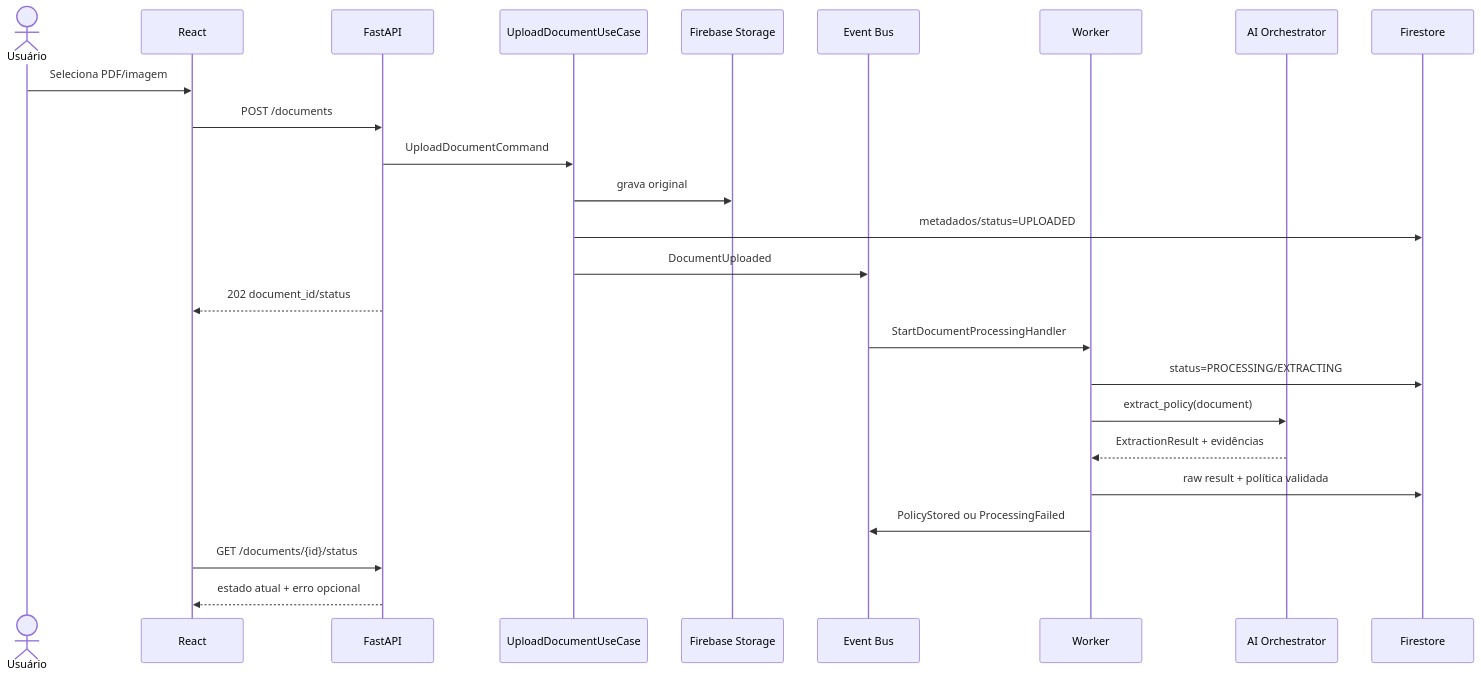
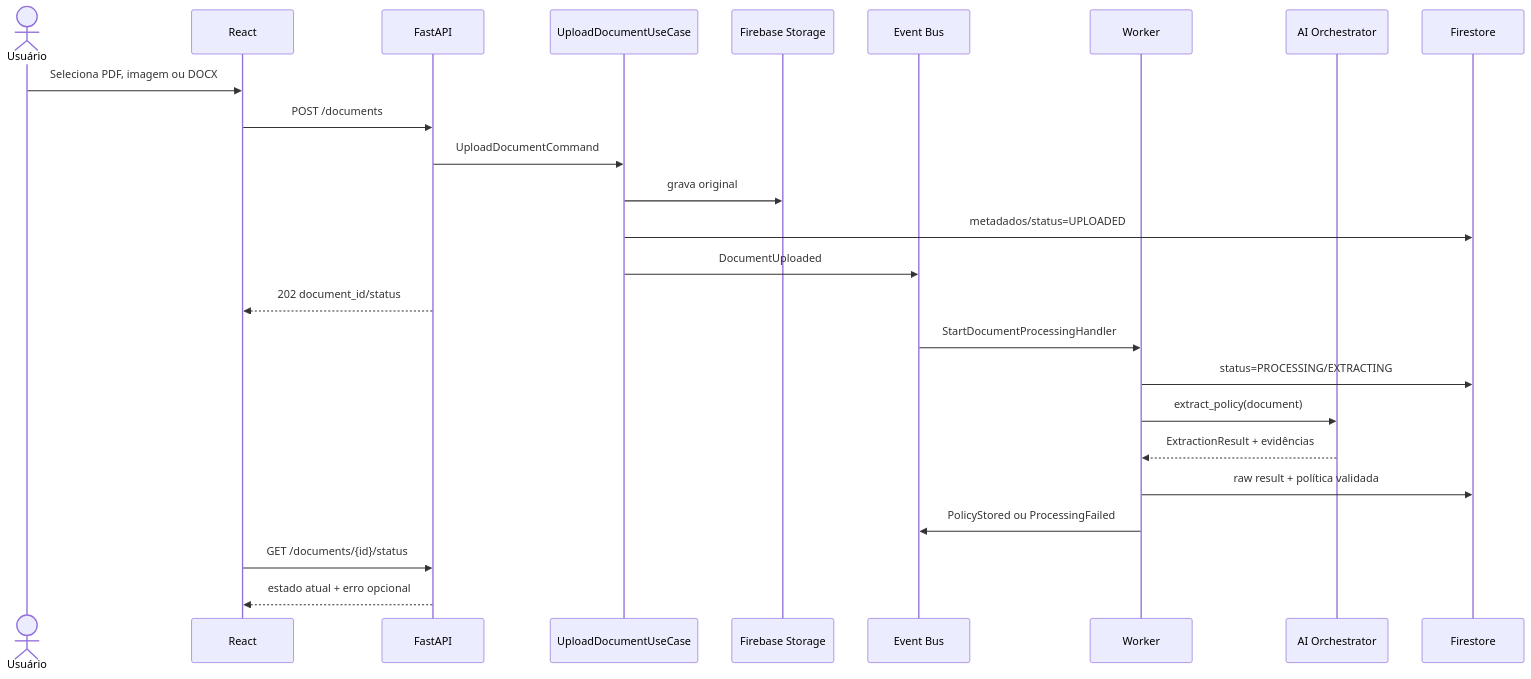
One commit to SantanaYure/ClauseAI changed the second of 3 diagrams in docs/architecture/ARCHITECTURE_OVERVIEW.md. Above: the diagram before and after it, drawn with Mermaid. The commit also changed other lines of this file and 129 other files, not shown here.

````diff
--- a/docs/architecture/ARCHITECTURE_OVERVIEW.md
+++ b/docs/architecture/ARCHITECTURE_OVERVIEW.md
@@ -89,28 +89,28 @@
 ```mermaid
 sequenceDiagram
     actor User as Usuário
     participant UI as React
     participant API as FastAPI
     participant App as UploadDocumentUseCase
     participant Blob as Firebase Storage
     participant Bus as Event Bus
     participant Worker as Worker
     participant AI as AI Orchestrator
     participant DB as Firestore
 
-    User->>UI: Seleciona PDF/imagem
+    User->>UI: Seleciona PDF, imagem ou DOCX
     UI->>API: POST /documents
     API->>App: UploadDocumentCommand
     App->>Blob: grava original
     App->>DB: metadados/status=UPLOADED
     App->>Bus: DocumentUploaded
     API-->>UI: 202 document_id/status
     Bus->>Worker: StartDocumentProcessingHandler
     Worker->>DB: status=PROCESSING/EXTRACTING
     Worker->>AI: extract_policy(document)
     AI-->>Worker: ExtractionResult + evidências
     Worker->>DB: raw result + política validada
     Worker->>Bus: PolicyStored ou ProcessingFailed
     UI->>API: GET /documents/{id}/status
     API-->>UI: estado atual + erro opcional
 ```
````
